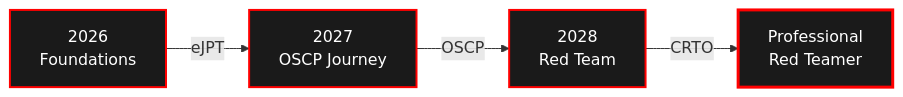
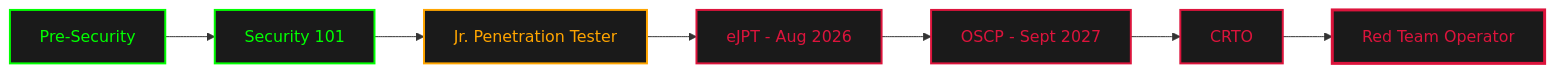
Before and after one commit to ananalim/ananalim: the diagram in README.md, drawn with Mermaid. The commit also changed other lines of this file, not shown here.

````diff
--- a/README.md
+++ b/README.md
@@ -64,11 +48,17 @@
 ```mermaid
 graph LR
-    A[2026<br/>Foundations] -->|eJPT| B[2027<br/>OSCP Journey]
-    B -->|OSCP| C[2028<br/>Red Team]
-    C -->|CRTO| D[Professional<br/>Red Teamer]
+    A[Pre-Security] --> B[Security 101]
+    B --> C[Jr. Penetration Tester]
+    C --> D[eJPT - Aug 2026]
+    D --> E[OSCP - Sept 2027]
+    E --> F[CRTO]
+    F --> G[Red Team Operator]
     
-    style A fill:#1a1a1a,stroke:#ff0000,stroke-width:2px,color:#fff
-    style B fill:#1a1a1a,stroke:#ff0000,stroke-width:2px,color:#fff
-    style C fill:#1a1a1a,stroke:#ff0000,stroke-width:2px,color:#fff
-    style D fill:#1a1a1a,stroke:#ff0000,stroke-width:3px,color:#fff
+    style A fill:#1a1a1a,stroke:#00ff00,stroke-width:2px,color:#00ff00
+    style B fill:#1a1a1a,stroke:#00ff00,stroke-width:2px,color:#00ff00
+    style C fill:#1a1a1a,stroke:#ffa500,stroke-width:2px,color:#ffa500
+    style D fill:#1a1a1a,stroke:#dc143c,stroke-width:2px,color:#dc143c
+    style E fill:#1a1a1a,stroke:#dc143c,stroke-width:2px,color:#dc143c
+    style F fill:#1a1a1a,stroke:#dc143c,stroke-width:2px,color:#dc143c
+    style G fill:#1a1a1a,stroke:#dc143c,stroke-width:3px,color:#dc143c
 ```
````
